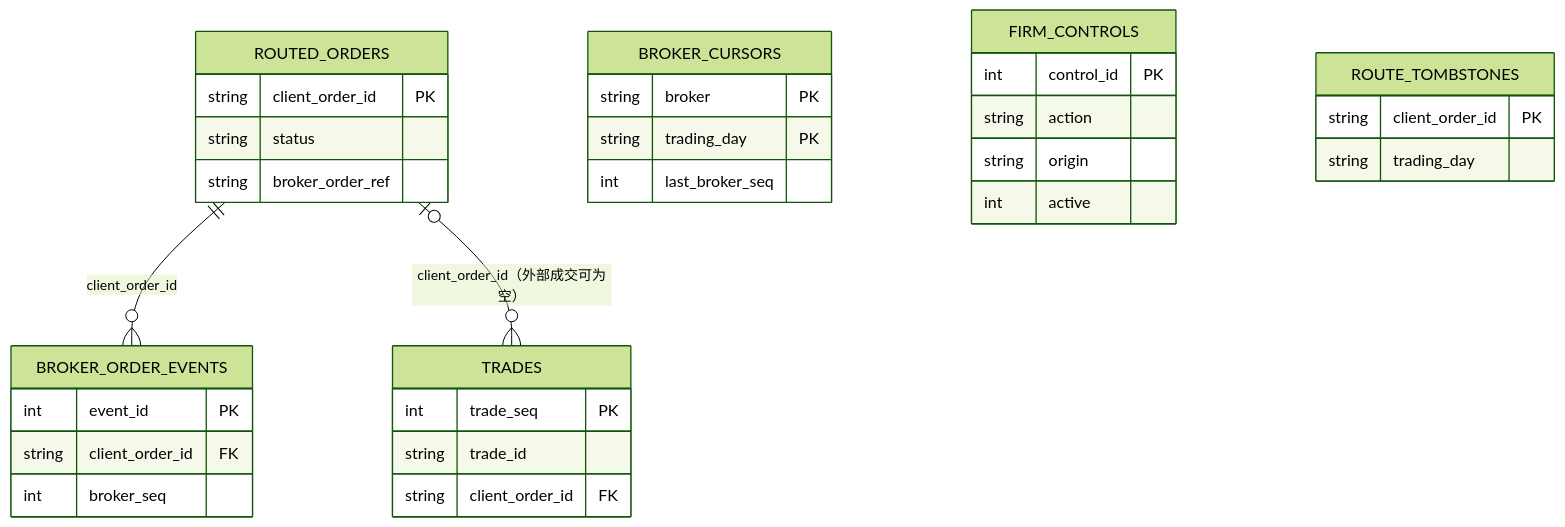
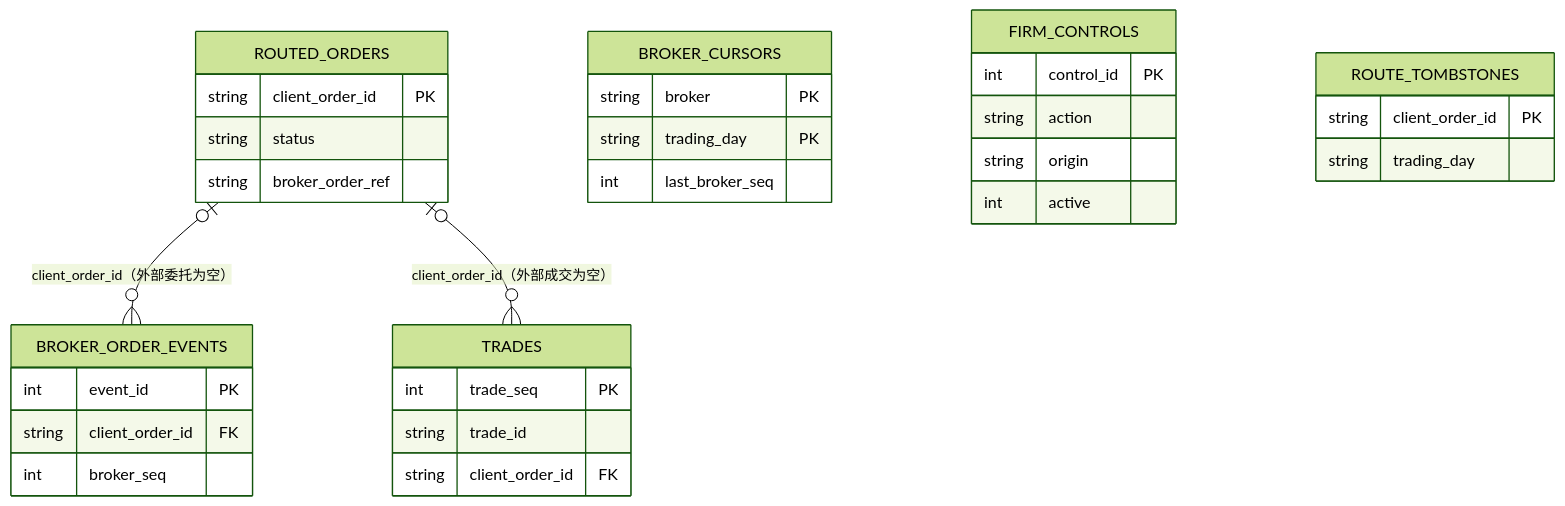
One commit to tom-xue-dev/futrisk changed the second of 4 diagrams in docs/03-database-schema.md. Above: the diagram before and after it, drawn with Mermaid (forest theme). The commit also changed other lines of this file and 31 other files, not shown here.

First line of the commit message:
文档：按代码重建 docs 为 v1.0，全量验证并重拍截图

````diff
--- a/docs/03-database-schema.md
+++ b/docs/03-database-schema.md
@@ -344,35 +335,35 @@
 ```mermaid
 erDiagram
-    ROUTED_ORDERS ||--o{ BROKER_ORDER_EVENTS : "client_order_id"
-    ROUTED_ORDERS |o--o{ TRADES : "client_order_id（外部成交可为空）"
+    ROUTED_ORDERS |o--o{ BROKER_ORDER_EVENTS : "client_order_id（外部委托为空）"
+    ROUTED_ORDERS |o--o{ TRADES : "client_order_id（外部成交为空）"
     ROUTED_ORDERS {
         string client_order_id PK
         string status
         string broker_order_ref
     }
     BROKER_ORDER_EVENTS {
         int event_id PK
         string client_order_id FK
         int broker_seq
     }
     TRADES {
         int trade_seq PK
         string trade_id
         string client_order_id FK
     }
     BROKER_CURSORS {
         string broker PK
         string trading_day PK
         int last_broker_seq
     }
     FIRM_CONTROLS {
         int control_id PK
         string action
         string origin
         int active
     }
     ROUTE_TOMBSTONES {
         string client_order_id PK
         string trading_day
     }
 ```
````
